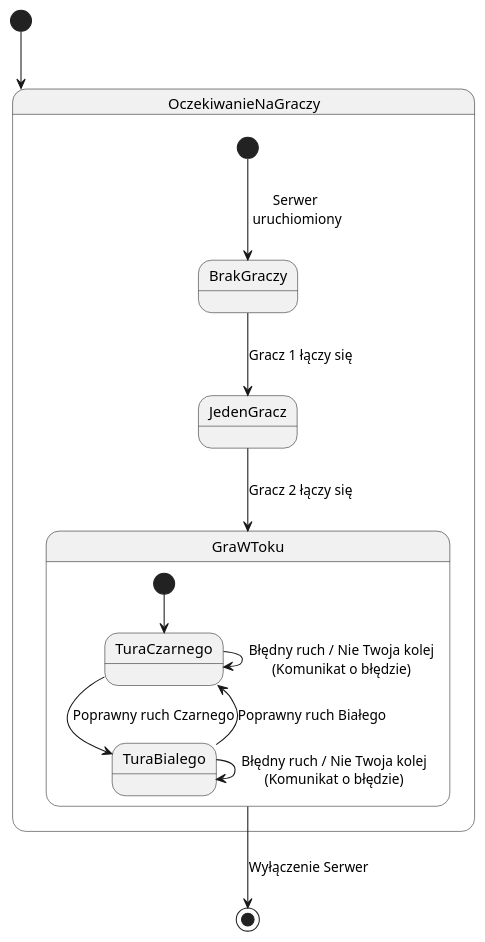
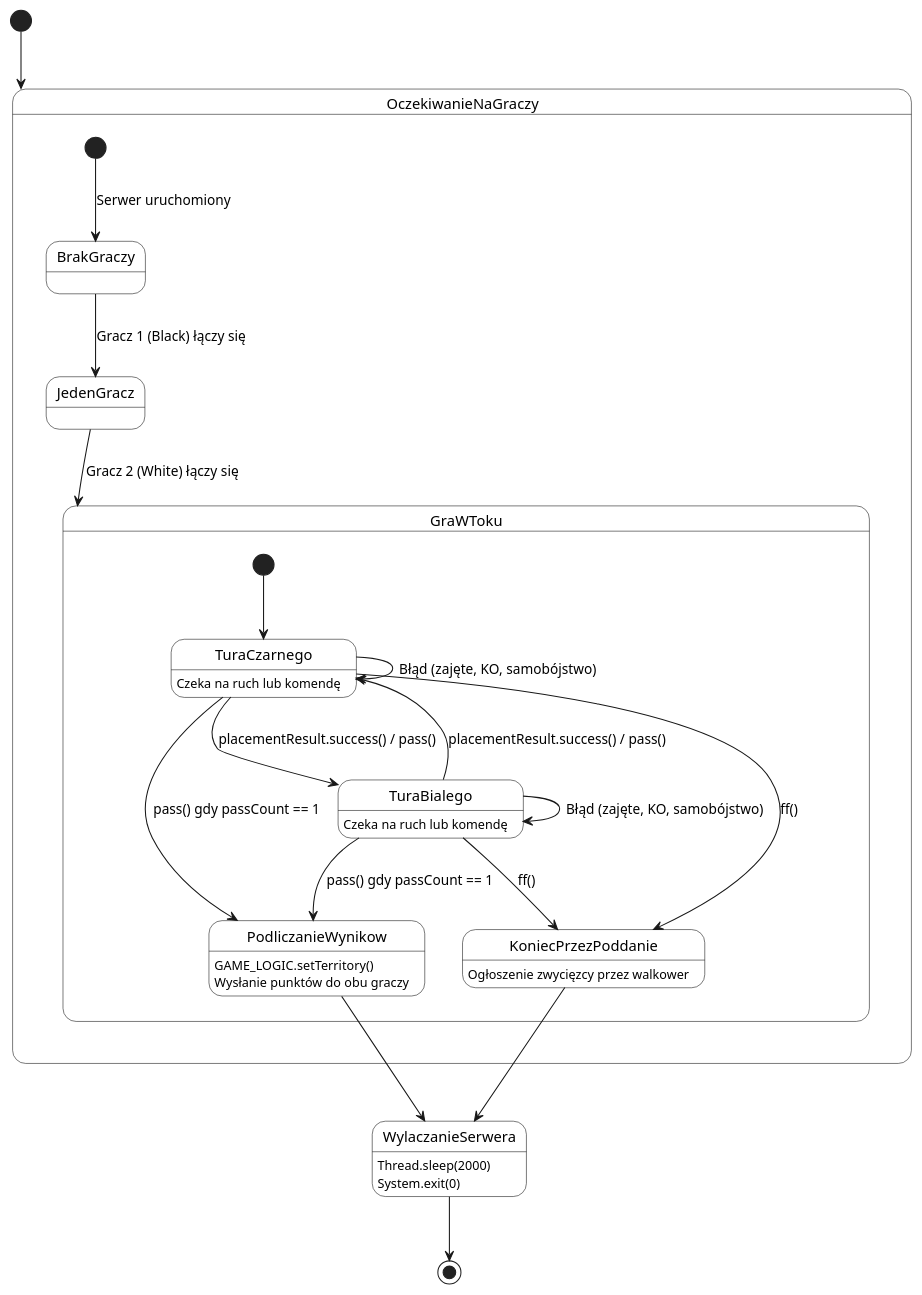
One commit to Dover777/project_go.iml changed the diagram in go_uml_state.puml. Above: the diagram before and after it, drawn with PlantUML. The commit also changed 92 other files, not shown here.

Commit message:
JUnit, Diagramy, JavaFX, javadoc

```diff
--- a/go_uml_state.puml
+++ b/go_uml_state.puml
@@ -1,21 +1,60 @@
 @startuml
+skinparam state {
+  BackgroundColor White
+  BorderColor Black
+}
+
 [*] --> OczekiwanieNaGraczy
 
 state OczekiwanieNaGraczy {
-  [*] --> BrakGraczy : Serwer\n uruchiomiony
-  BrakGraczy --> JedenGracz : Gracz 1 łączy się
-  JedenGracz --> GraWToku : Gracz 2 łączy się
+  [*] --> BrakGraczy : Serwer uruchomiony
+  BrakGraczy --> JedenGracz : Gracz 1 (Black) łączy się
+  JedenGracz --> GraWToku : Gracz 2 (White) łączy się
 }
 
 state GraWToku {
   [*] --> TuraCzarnego
 
-  TuraCzarnego --> TuraBialego : Poprawny ruch Czarnego
-  TuraBialego --> TuraCzarnego : Poprawny ruch Białego
-  TuraCzarnego --> TuraCzarnego : Błędny ruch / Nie Twoja kolej\n(Komunikat o błędzie)
-  TuraBialego --> TuraBialego : Błędny ruch / Nie Twoja kolej\n(Komunikat o błędzie)
+  state TuraCzarnego {
+    TuraCzarnego : Czeka na ruch lub komendę
+  }
+
+  state TuraBialego {
+    TuraBialego : Czeka na ruch lub komendę
+  }
+
+  ' Przejścia tury
+  TuraCzarnego --> TuraBialego : placementResult.success() / pass()
+  TuraBialego --> TuraCzarnego : placementResult.success() / pass()
+
+  ' Obsługa błędów (pętla)
+  TuraCzarnego --> TuraCzarnego : Błąd (zajęte, KO, samobójstwo)
+  TuraBialego --> TuraBialego : Błąd (zajęte, KO, samobójstwo)
+
+  ' Warunki zakończenia wewnątrz gry
+  TuraCzarnego --> PodliczanieWynikow : pass() gdy passCount == 1
+  TuraBialego --> PodliczanieWynikow : pass() gdy passCount == 1
+  TuraCzarnego --> KoniecPrzezPoddanie : ff()
+  TuraBialego --> KoniecPrzezPoddanie : ff()
 }
 
-GraWToku --> [*] : Wyłączenie Serwer
+state PodliczanieWynikow {
+  PodliczanieWynikow : GAME_LOGIC.setTerritory()
+  PodliczanieWynikow : Wysłanie punktów do obu graczy
+}
+
+state KoniecPrzezPoddanie {
+  KoniecPrzezPoddanie : Ogłoszenie zwycięzcy przez walkower
+}
+
+PodliczanieWynikow --> WylaczanieSerwera
+KoniecPrzezPoddanie --> WylaczanieSerwera
+
+state WylaczanieSerwera {
+  WylaczanieSerwera : Thread.sleep(2000)
+  WylaczanieSerwera : System.exit(0)
+}
+
+WylaczanieSerwera --> [*]
 
 @enduml
```
